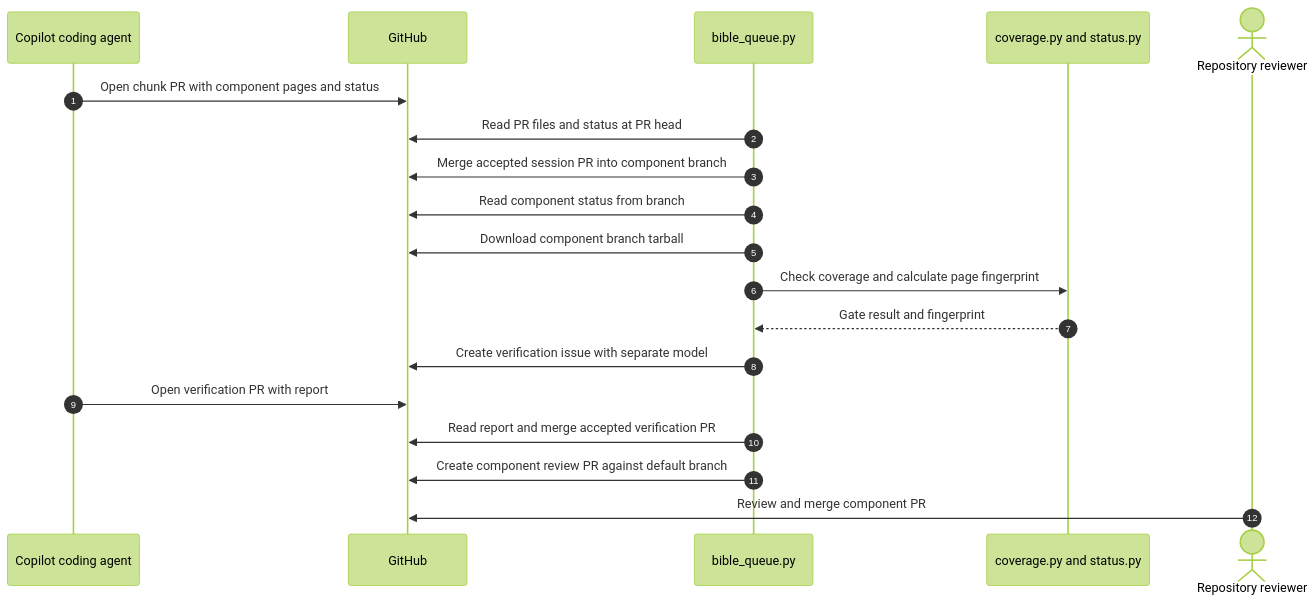
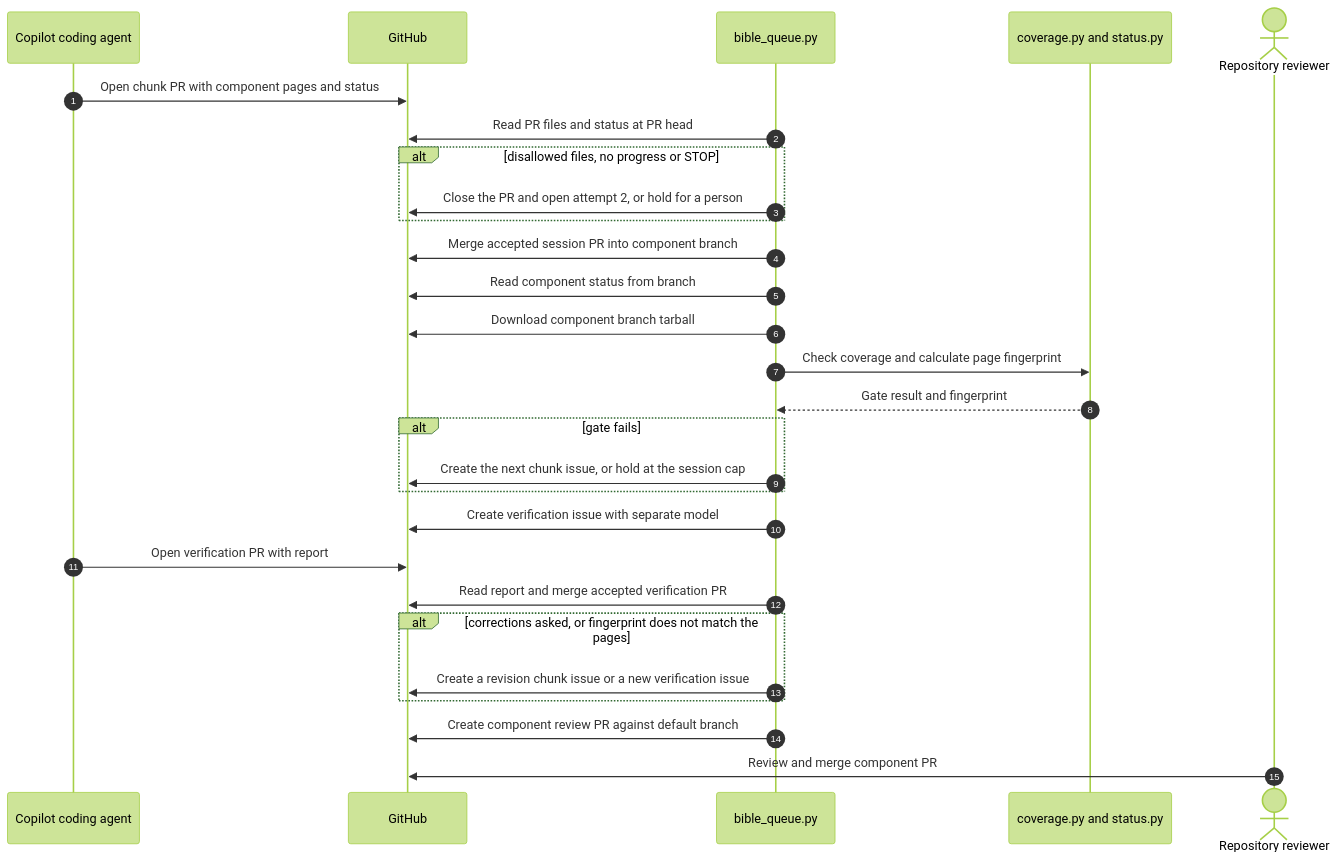
One commit to vishalc412/bible-mode-b-test changed the third of 10 diagrams in codebase-analysis/hld/05-key-flows.md. Above: the diagram before and after it, drawn with Mermaid (forest theme). The commit also changed other lines of this file and 38 other files, not shown here.

First line of the commit message:
fix(analysis): apply the round-3 verification's corrections (stand-in for Copilot)

````diff
--- a/codebase-analysis/hld/05-key-flows.md
+++ b/codebase-analysis/hld/05-key-flows.md
@@ -111,21 +116,30 @@
 ```mermaid
 sequenceDiagram
   autonumber
   participant Agent as Copilot coding agent
   participant API as GitHub
   participant Queue as bible_queue.py
   participant Gate as coverage.py and status.py
   actor Reviewer as Repository reviewer
   Agent->>API: Open chunk PR with component pages and status
   Queue->>API: Read PR files and status at PR head
+  alt disallowed files, no progress or STOP
+    Queue->>API: Close the PR and open attempt 2, or hold for a person
+  end
   Queue->>API: Merge accepted session PR into component branch
   Queue->>API: Read component status from branch
   Queue->>API: Download component branch tarball
   Queue->>Gate: Check coverage and calculate page fingerprint
   Gate-->>Queue: Gate result and fingerprint
+  alt gate fails
+    Queue->>API: Create the next chunk issue, or hold at the session cap
+  end
   Queue->>API: Create verification issue with separate model
   Agent->>API: Open verification PR with report
   Queue->>API: Read report and merge accepted verification PR
+  alt corrections asked, or fingerprint does not match the pages
+    Queue->>API: Create a revision chunk issue or a new verification issue
+  end
   Queue->>API: Create component review PR against default branch
   Reviewer->>API: Review and merge component PR
 ```
````
